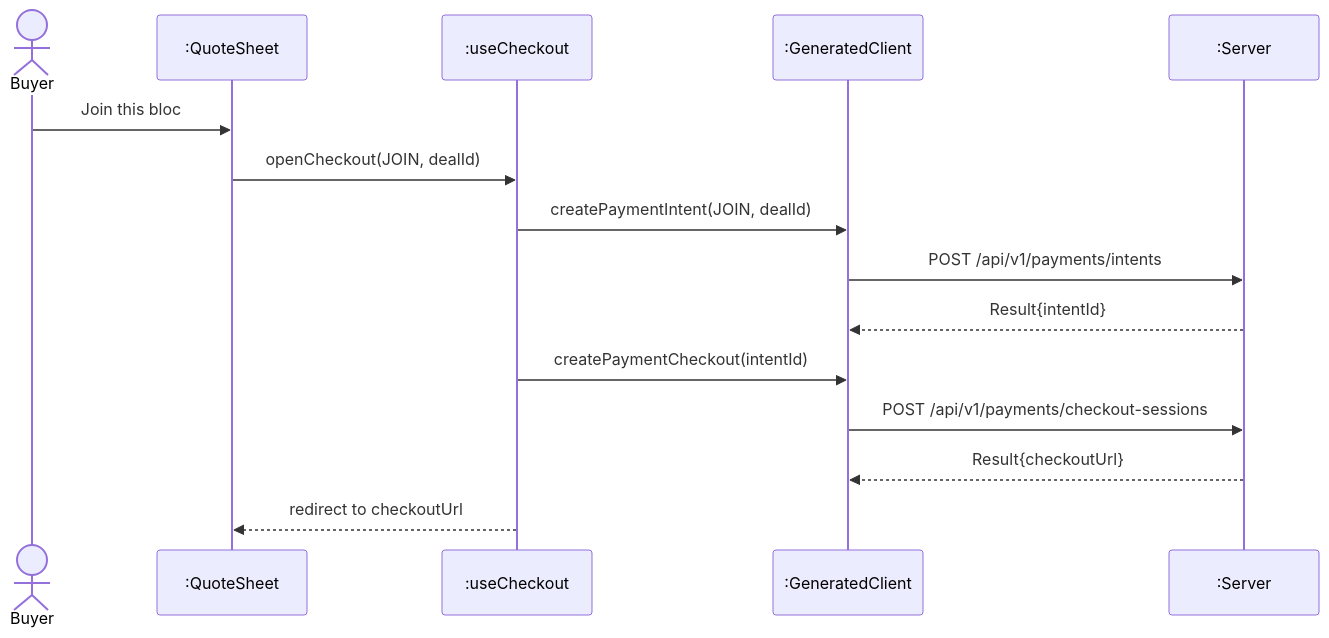
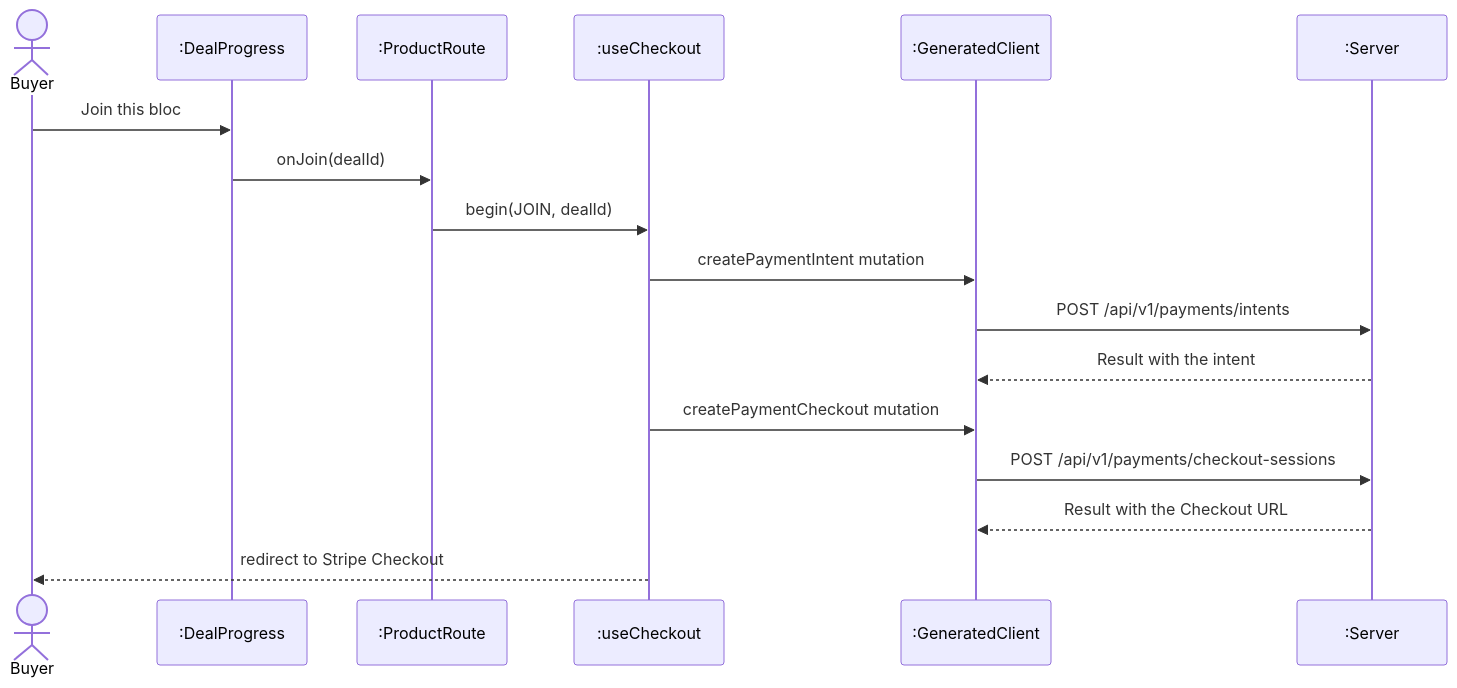
The fourth of 14 diagrams in docs/swe5006/report-drafts/transition-strategies.md (PPsyrius/iss-groupbuy-team8), drawn with Mermaid before and after one commit. The commit also changed other lines of this file and 1 other file, not shown here.

````diff
--- a/docs/swe5006/report-drafts/transition-strategies.md
+++ b/docs/swe5006/report-drafts/transition-strategies.md
@@ -179,17 +173,19 @@
 ```mermaid
 sequenceDiagram
     actor Buyer
-    participant UI as :QuoteSheet
+    participant D as :DealProgress
+    participant R as :ProductRoute
     participant H as :useCheckout
     participant C as :GeneratedClient
     participant API as :Server
-    Buyer->>UI: Join this bloc
-    UI->>H: openCheckout(JOIN, dealId)
-    H->>C: createPaymentIntent(JOIN, dealId)
+    Buyer->>D: Join this bloc
+    D->>R: onJoin(dealId)
+    R->>H: begin(JOIN, dealId)
+    H->>C: createPaymentIntent mutation
     C->>API: POST /api/v1/payments/intents
-    API-->>C: Result{intentId}
-    H->>C: createPaymentCheckout(intentId)
+    API-->>C: Result with the intent
+    H->>C: createPaymentCheckout mutation
     C->>API: POST /api/v1/payments/checkout-sessions
-    API-->>C: Result{checkoutUrl}
-    H-->>UI: redirect to checkoutUrl
+    API-->>C: Result with the Checkout URL
+    H-->>Buyer: redirect to Stripe Checkout
 ```
````
